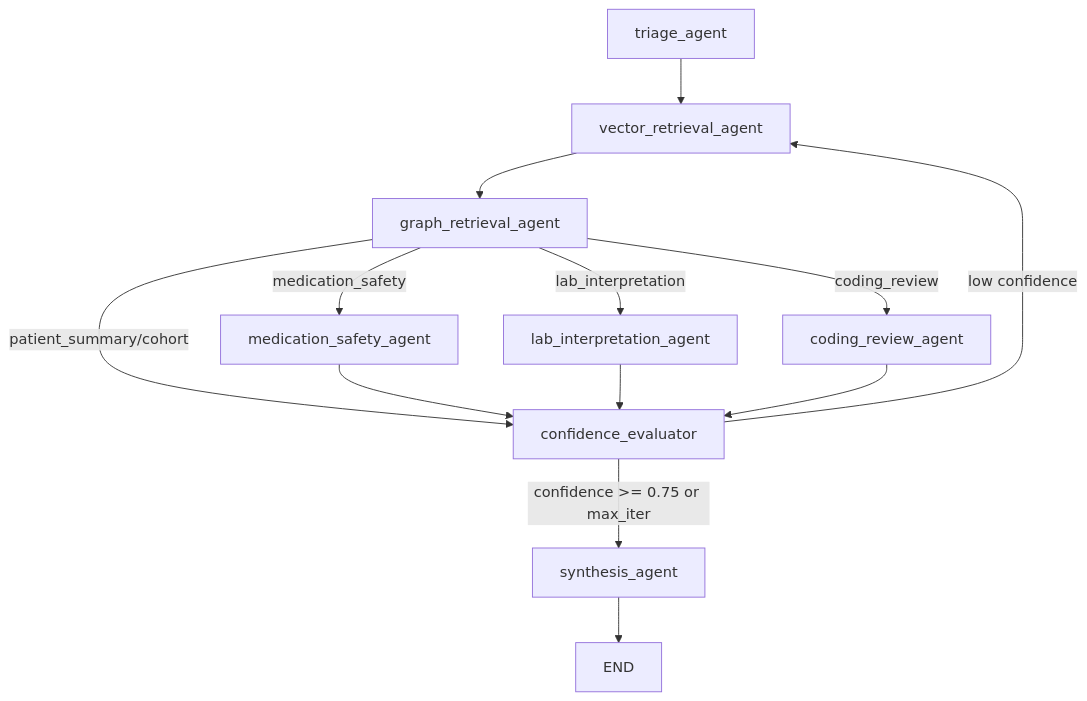
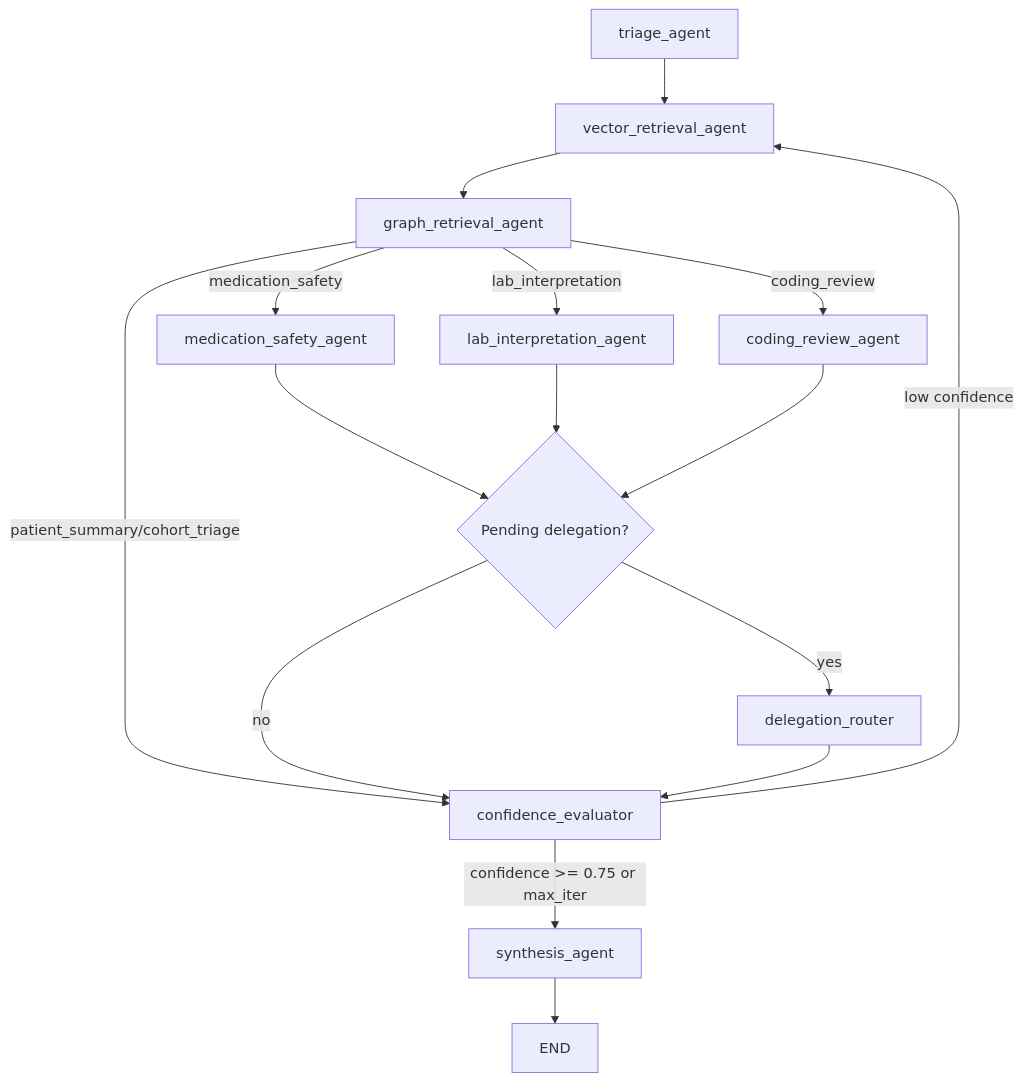
The diagram in docs/05_ai_agents.md (wchen-dea/Agentic-AI-Healthcare-GraphRAG), drawn with Mermaid before and after one commit. The commit also changed other lines of this file and 2 other files, not shown here.

Commit message:
typed delegation within LangGraph state

````diff
--- a/docs/05_ai_agents.md
+++ b/docs/05_ai_agents.md
@@ -1028,15 +1028,18 @@
 ```mermaid
 graph TD
     A[triage_agent] --> B[vector_retrieval_agent]
     B --> C[graph_retrieval_agent]
     C -->|medication_safety| D[medication_safety_agent]
     C -->|lab_interpretation| E[lab_interpretation_agent]
     C -->|coding_review| F[coding_review_agent]
-    C -->|patient_summary/cohort| G[confidence_evaluator]
-    D --> G
-    E --> G
-    F --> G
+    C -->|patient_summary/cohort_triage| G[confidence_evaluator]
+    D --> J{Pending delegation?}
+    E --> J
+    F --> J
+    J -->|yes| K[delegation_router]
+    J -->|no| G
+    K --> G
     G -->|confidence >= 0.75 or max_iter| H[synthesis_agent]
     G -->|low confidence| B
     H --> I[END]
 ```
````
